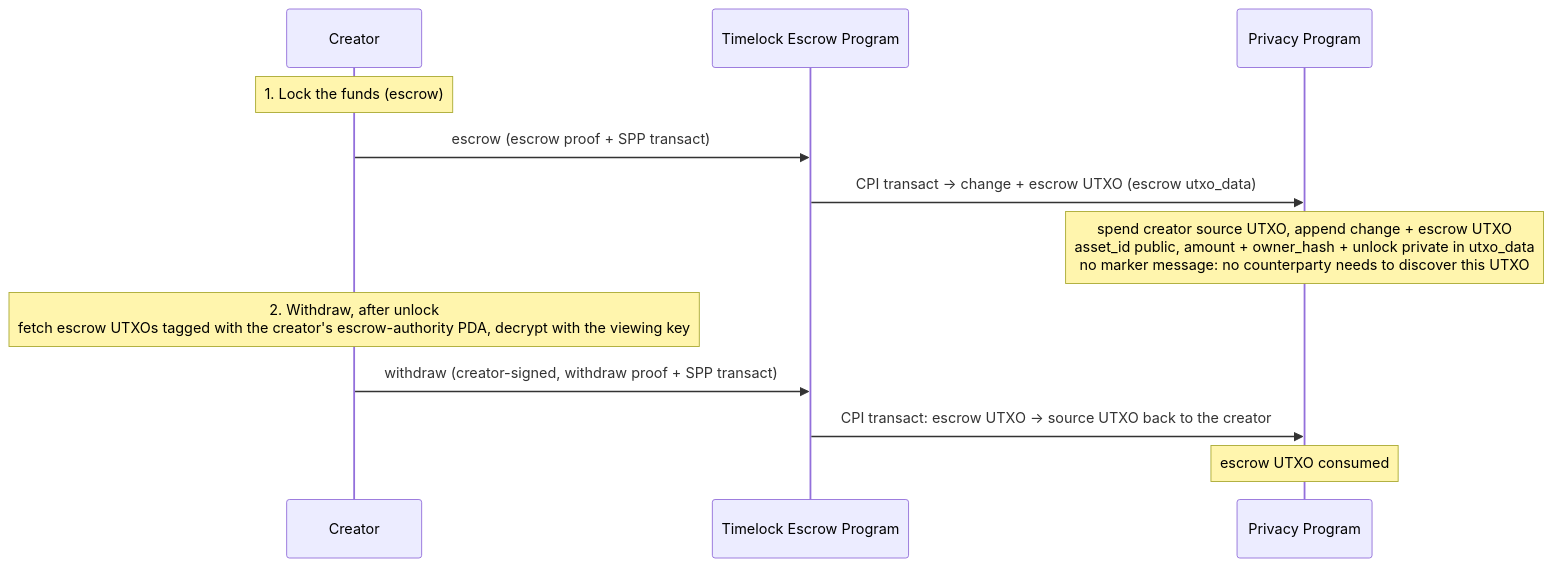
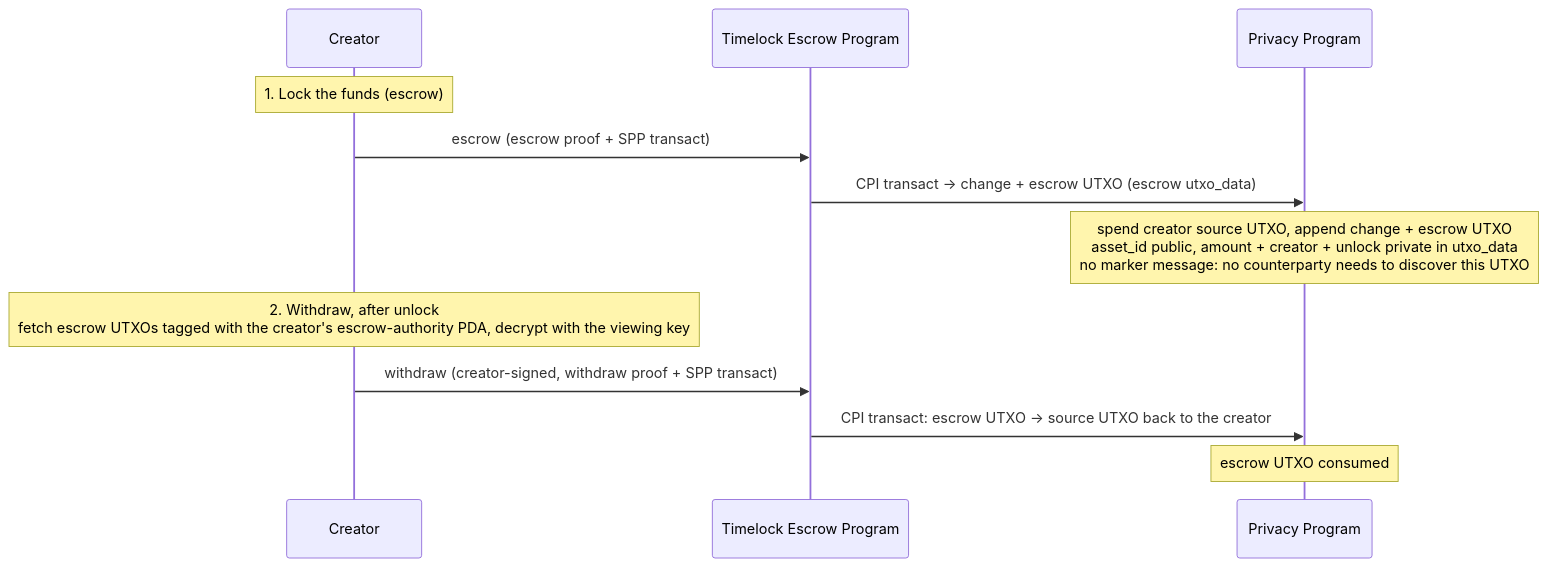
The diagram in sdk-tests/timelock-escrow/timelock_escrow.md (helius-labs/zolana), drawn with Mermaid before and after one commit. The commit also changed other lines of this file and 16 other files, not shown here.

````diff
--- a/sdk-tests/timelock-escrow/timelock_escrow.md
+++ b/sdk-tests/timelock-escrow/timelock_escrow.md
@@ -17,16 +17,16 @@
 ```mermaid
 sequenceDiagram
     participant Creator
     participant Escrow as Timelock Escrow Program
     participant SPP as Privacy Program
 
     Note over Creator: 1. Lock the funds (escrow)
     Creator->>Escrow: escrow (escrow proof + SPP transact)
     Escrow->>SPP: CPI transact -> change + escrow UTXO (escrow utxo_data)
-    Note over SPP: spend creator source UTXO, append change + escrow UTXO <br> asset_id public, amount + owner_hash + unlock private in utxo_data <br> no marker message: no counterparty needs to discover this UTXO
+    Note over SPP: spend creator source UTXO, append change + escrow UTXO <br> asset_id public, amount + creator + unlock private in utxo_data <br> no marker message: no counterparty needs to discover this UTXO
 
     Note over Creator: 2. Withdraw, after unlock <br> fetch escrow UTXOs tagged with the creator's escrow-authority PDA, decrypt with the viewing key
     Creator->>Escrow: withdraw (creator-signed, withdraw proof + SPP transact)
     Escrow->>SPP: CPI transact: escrow UTXO -> source UTXO back to the creator
     Note over SPP: escrow UTXO consumed
 ```
````
